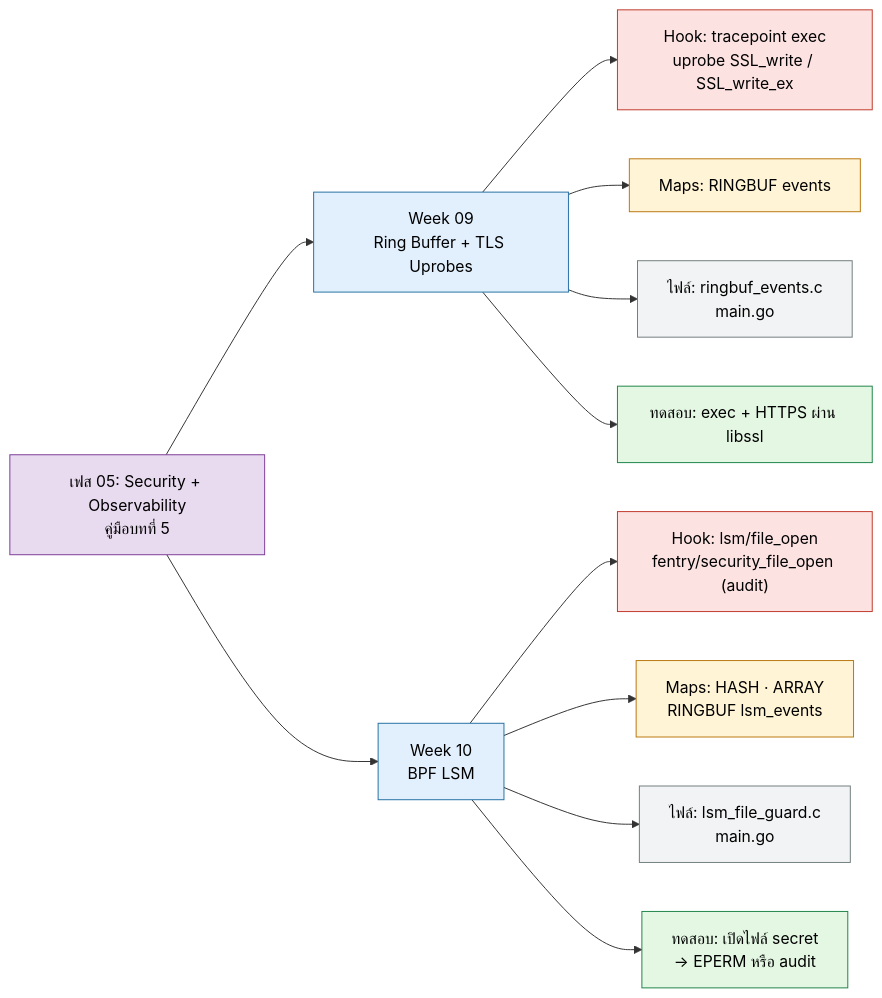
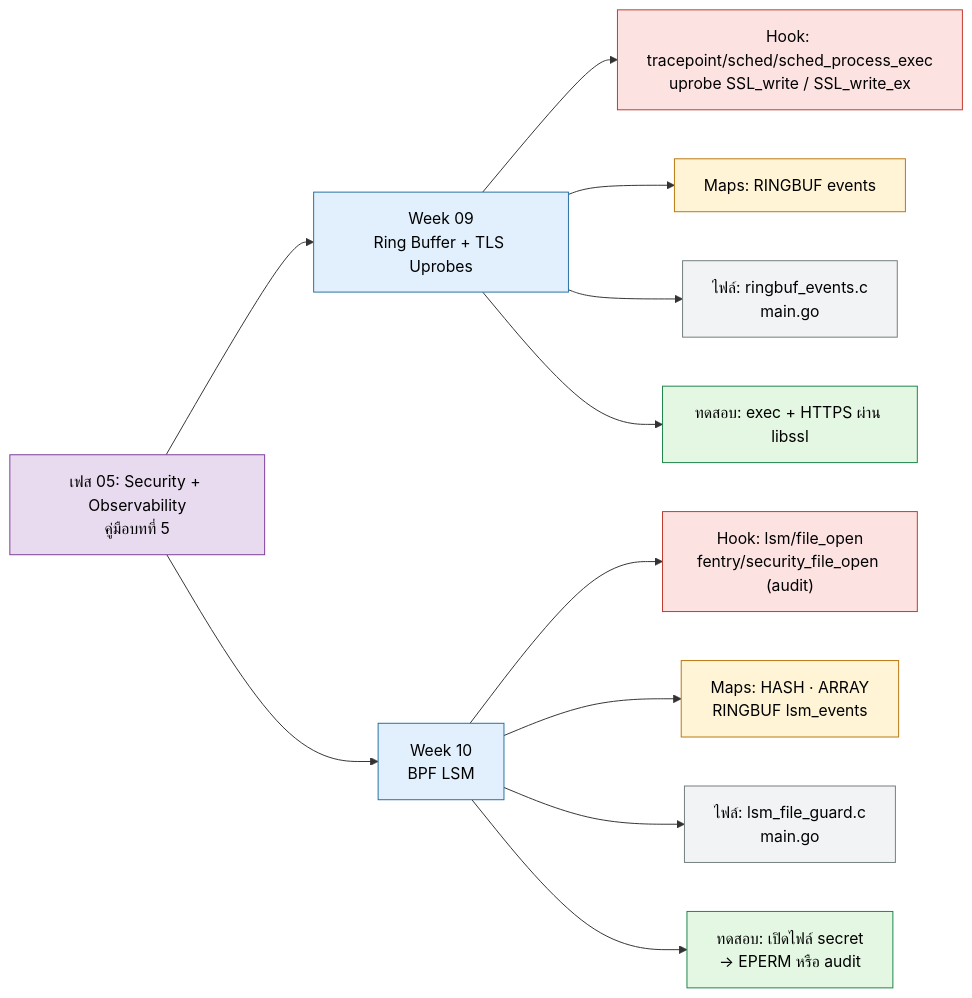
One commit to alfaXphoori/ebpf changed the sixth of 12 diagrams in docs/CONTENT_TREE.md. Above: the diagram before and after it, drawn with Mermaid. The commit also changed other lines of this file and 27 other files, not shown here.

First line of the commit message:
docs: fix diagram accuracy and unify diagram conventions

````diff
--- a/docs/CONTENT_TREE.md
+++ b/docs/CONTENT_TREE.md
@@ -250,29 +250,29 @@
 ```mermaid
 flowchart LR
     P05["เฟส 05: Security + Observability<br/>คู่มือบทที่ 5"]
     P05 --> W09["Week 09<br/>Ring Buffer + TLS Uprobes"]
-    W09 --> W09H["Hook: tracepoint exec<br/>uprobe SSL_write / SSL_write_ex"]
+    W09 --> W09H["Hook: tracepoint/sched/sched_process_exec<br/>uprobe SSL_write / SSL_write_ex"]
     W09 --> W09M["Maps: RINGBUF events"]
     W09 --> W09F["ไฟล์: ringbuf_events.c<br/>main.go"]
     W09 --> W09T["ทดสอบ: exec + HTTPS ผ่าน libssl"]
     P05 --> W10["Week 10<br/>BPF LSM"]
     W10 --> W10H["Hook: lsm/file_open<br/>fentry/security_file_open (audit)"]
     W10 --> W10M["Maps: HASH · ARRAY<br/>RINGBUF lsm_events"]
     W10 --> W10F["ไฟล์: lsm_file_guard.c<br/>main.go"]
     W10 --> W10T["ทดสอบ: เปิดไฟล์ secret<br/>→ EPERM หรือ audit"]
 
     classDef root fill:#2c3e50,stroke:#1b2631,color:#fff
     classDef phase fill:#e8daef,stroke:#7d3c98,color:#000
     classDef week fill:#e2f0fd,stroke:#2471a3,color:#000
     classDef hook fill:#fde2e2,stroke:#c0392b,color:#000
     classDef map fill:#fff4d6,stroke:#b9770e,color:#000
     classDef file fill:#f2f3f4,stroke:#717d7e,color:#000
     classDef test fill:#e3f7e3,stroke:#1e8449,color:#000
     classDef doc fill:#fdebd0,stroke:#ca6f1e,color:#000
     class P05 phase
     class W09,W10 week
     class W09H,W10H hook
     class W09M,W10M map
     class W09F,W10F file
     class W09T,W10T test
 ```
````
